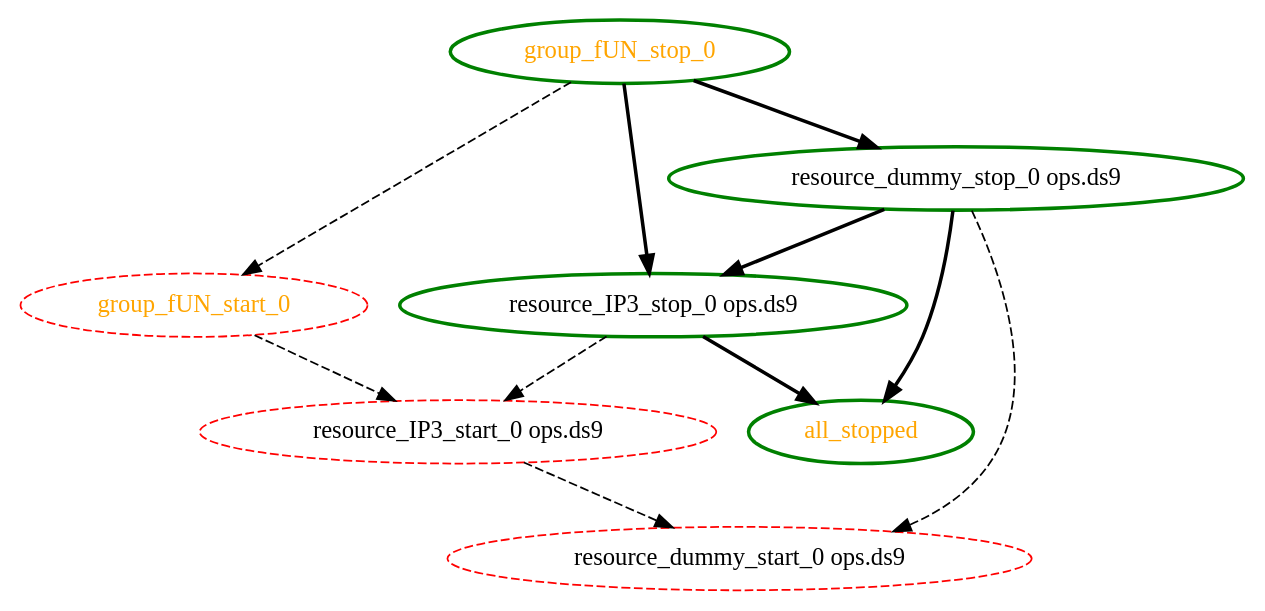
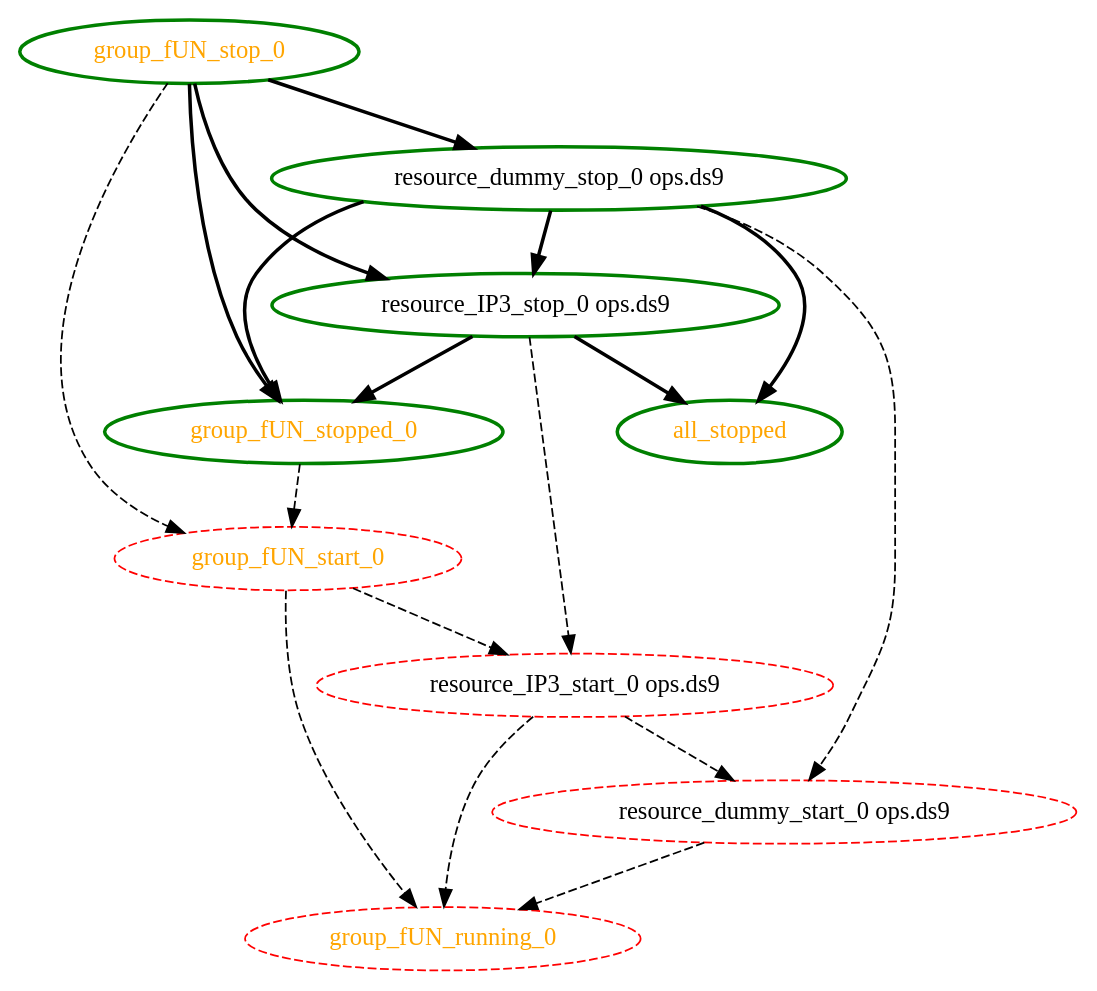
The diagram in pengine/testcases/bug-1718.dot (linux-ha-japan/pm_diskd), drawn with Graphviz before and after one commit. The commit also changed 57 other files, not shown here.

Commit message:
High: PE: Bug PM12, LF1648 - Extensive revision of group ordering * Only recover parts of the group that failed * If only part of the group is being recovered, only send start actions for the   parts being recovered * Added two additional test cases

```diff
--- a/pengine/testcases/bug-1718.dot
+++ b/pengine/testcases/bug-1718.dot
@@ -1,19 +1,28 @@
 digraph "g" {
 "all_stopped" [ style=bold color="green" fontcolor="orange"  ]
+"group_fUN_running_0" [ style=dashed color="red" fontcolor="orange"  ]
+"group_fUN_start_0" -> "group_fUN_running_0" [ style = dashed]
 "group_fUN_start_0" -> "resource_IP3_start_0 ops.ds9" [ style = dashed]
 "group_fUN_start_0" [ style=dashed color="red" fontcolor="orange"  ]
 "group_fUN_stop_0" -> "group_fUN_start_0" [ style = dashed]
+"group_fUN_stop_0" -> "group_fUN_stopped_0" [ style = bold]
 "group_fUN_stop_0" -> "resource_IP3_stop_0 ops.ds9" [ style = bold]
 "group_fUN_stop_0" -> "resource_dummy_stop_0 ops.ds9" [ style = bold]
 "group_fUN_stop_0" [ style=bold color="green" fontcolor="orange"  ]
+"group_fUN_stopped_0" -> "group_fUN_start_0" [ style = dashed]
+"group_fUN_stopped_0" [ style=bold color="green" fontcolor="orange"  ]
+"resource_IP3_start_0 ops.ds9" -> "group_fUN_running_0" [ style = dashed]
 "resource_IP3_start_0 ops.ds9" -> "resource_dummy_start_0 ops.ds9" [ style = dashed]
 "resource_IP3_start_0 ops.ds9" [ style=dashed color="red" fontcolor="black"  ]
 "resource_IP3_stop_0 ops.ds9" -> "all_stopped" [ style = bold]
+"resource_IP3_stop_0 ops.ds9" -> "group_fUN_stopped_0" [ style = bold]
 "resource_IP3_stop_0 ops.ds9" -> "resource_IP3_start_0 ops.ds9" [ style = dashed]
 "resource_IP3_stop_0 ops.ds9" [ style=bold color="green" fontcolor="black"  ]
+"resource_dummy_start_0 ops.ds9" -> "group_fUN_running_0" [ style = dashed]
 "resource_dummy_start_0 ops.ds9" [ style=dashed color="red" fontcolor="black"  ]
 "resource_dummy_stop_0 ops.ds9" -> "all_stopped" [ style = bold]
+"resource_dummy_stop_0 ops.ds9" -> "group_fUN_stopped_0" [ style = bold]
 "resource_dummy_stop_0 ops.ds9" -> "resource_IP3_stop_0 ops.ds9" [ style = bold]
 "resource_dummy_stop_0 ops.ds9" -> "resource_dummy_start_0 ops.ds9" [ style = dashed]
 "resource_dummy_stop_0 ops.ds9" [ style=bold color="green" fontcolor="black"  ]
 }
```
